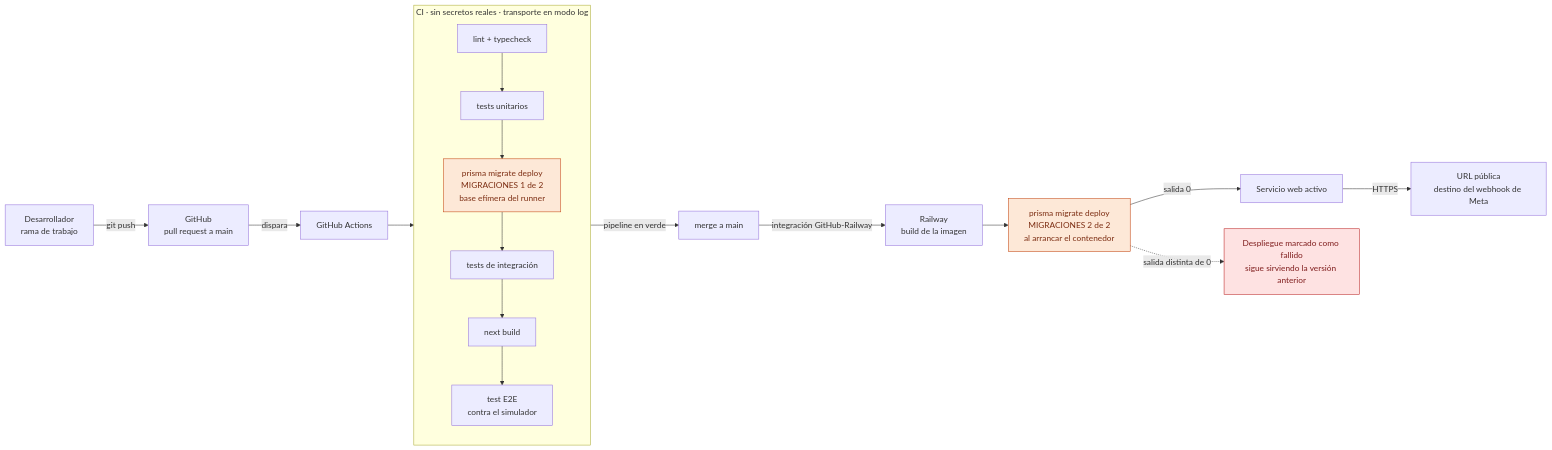
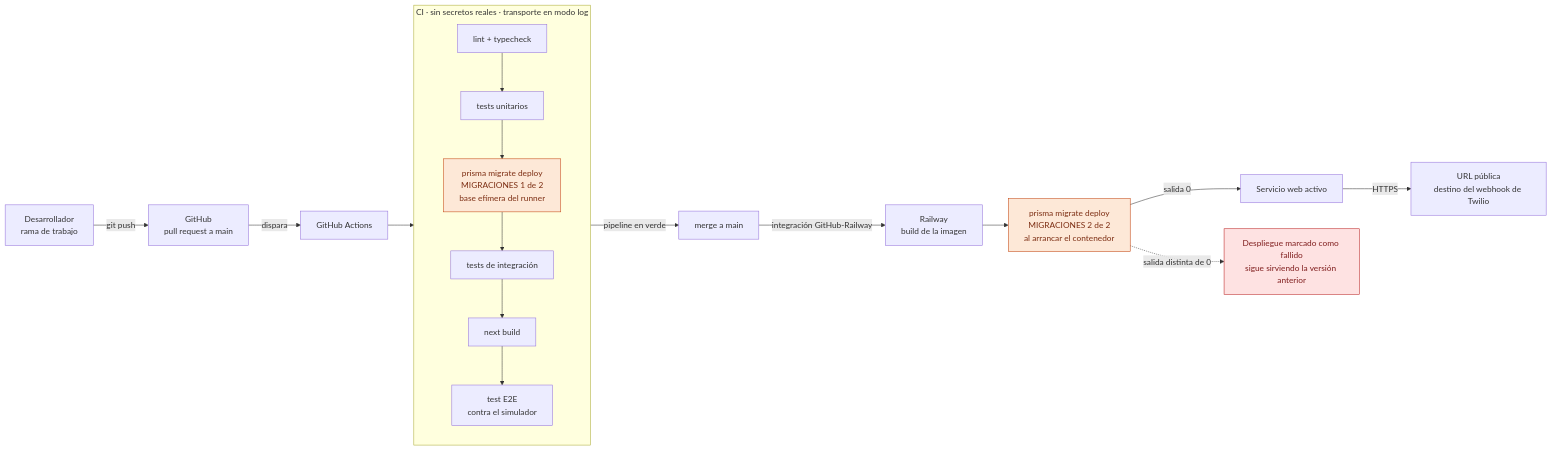
Before and after one commit to fedewagner/SRS-Carnik: the third of 7 diagrams in readme.md, drawn with Mermaid. The commit also changed other lines of this file and 9 other files, not shown here.

````diff
--- a/readme.md
+++ b/readme.md
@@ -414,27 +461,27 @@
 ```mermaid
 flowchart LR
     DEV["Desarrollador<br/>rama de trabajo"] -->|"git push"| GH["GitHub<br/>pull request a main"]
     GH -->|"dispara"| CI["GitHub Actions"]
 
     subgraph ci["CI · sin secretos reales · transporte en modo log"]
         direction TB
         L["lint + typecheck"] --> U["tests unitarios"]
         U --> M1["prisma migrate deploy<br/>MIGRACIONES 1 de 2<br/>base efímera del runner"]
         M1 --> I["tests de integración"]
         I --> B["next build"]
         B --> E["test E2E<br/>contra el simulador"]
     end
 
     CI --> L
     E -->|"pipeline en verde"| MERGE["merge a main"]
     MERGE -->|"integración GitHub-Railway"| RW["Railway<br/>build de la imagen"]
     RW --> M2["prisma migrate deploy<br/>MIGRACIONES 2 de 2<br/>al arrancar el contenedor"]
     M2 -->|"salida 0"| APP["Servicio web activo"]
     M2 -.->|"salida distinta de 0"| FAIL["Despliegue marcado como fallido<br/>sigue sirviendo la versión anterior"]
-    APP -->|"HTTPS"| URL["URL pública<br/>destino del webhook de Meta"]
+    APP -->|"HTTPS"| URL["URL pública<br/>destino del webhook de Twilio"]
 
     classDef migr fill:#fde8d7,stroke:#c2410c,color:#7c2d12
     classDef bad fill:#fee2e2,stroke:#b91c1c,color:#7f1d1d
     class M1,M2 migr
     class FAIL bad
 ```
````
